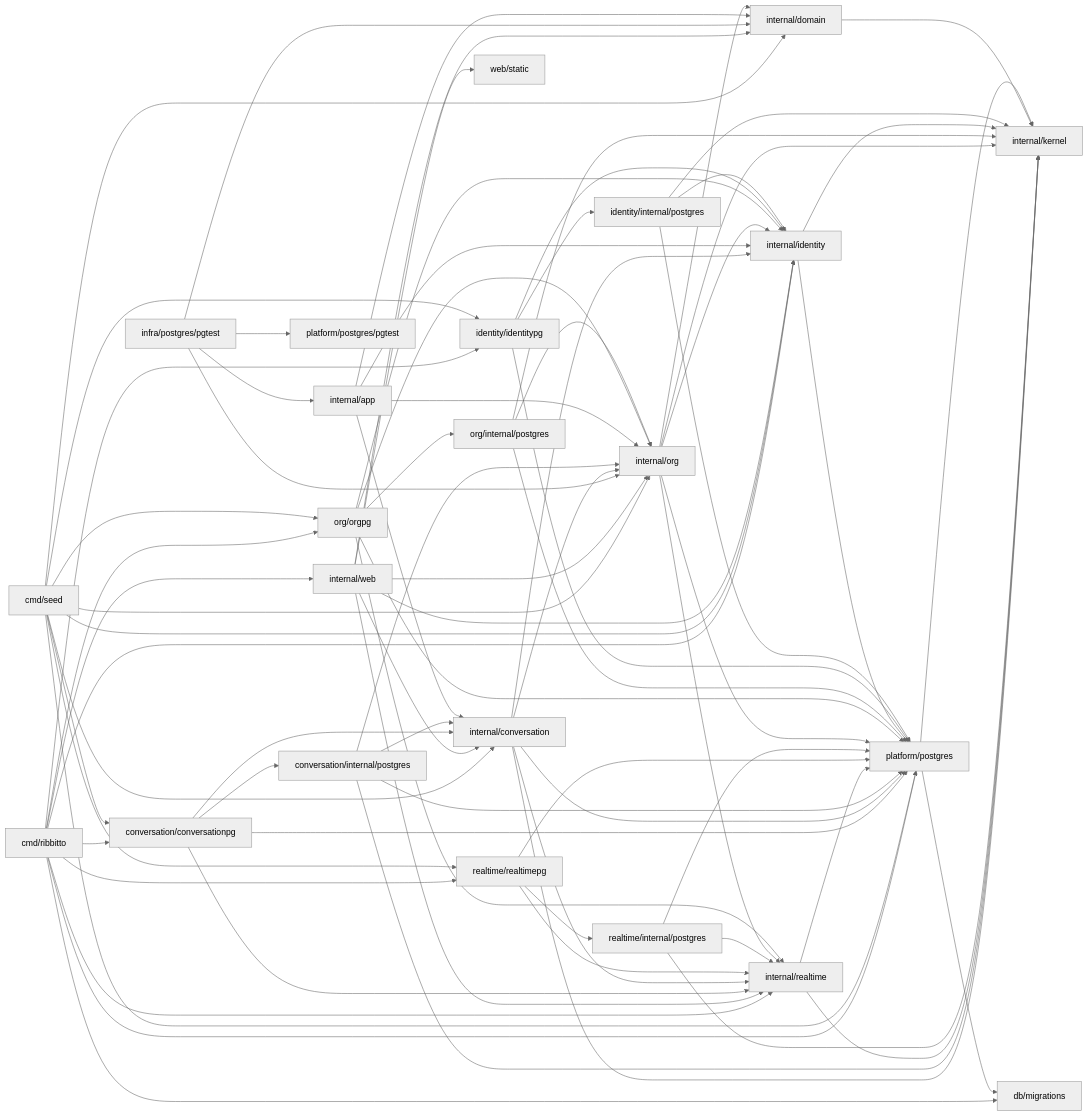
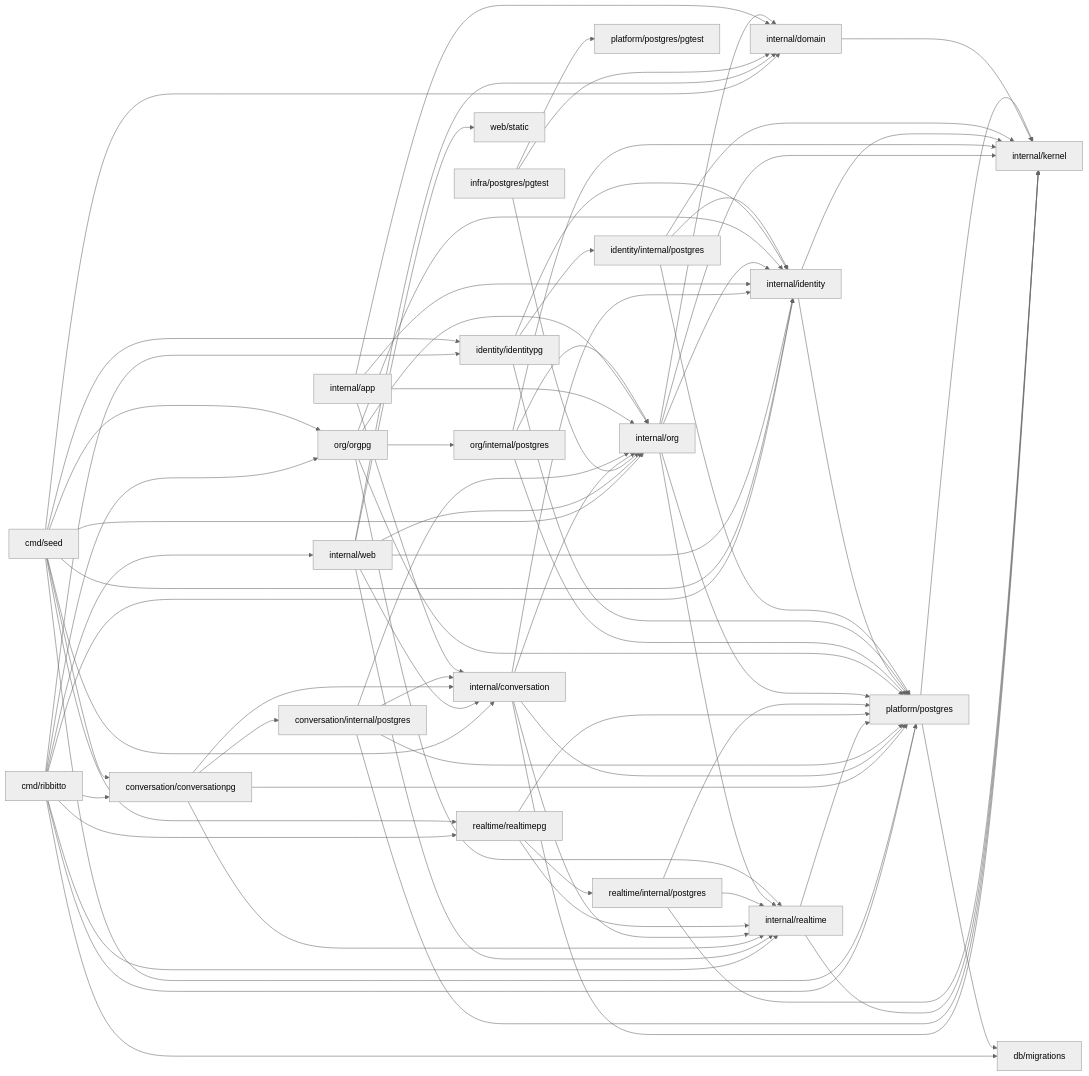
One commit to tkakkie/ribbitto changed the diagram in docs/architecture/packages.md. Above: the diagram before and after it, drawn with Mermaid (neutral theme).

Commit message:
docs(architecture): drop pgtest's nonexistent edge to app from the package graph
Copilot's review on #565.

````diff
--- a/docs/architecture/packages.md
+++ b/docs/architecture/packages.md
@@ -38,22 +38,22 @@
 ```mermaid
 flowchart LR
   cmd[cmd/ribbitto] --> web & orgpg[org/orgpg] & conversationpg[conversation/conversationpg] & identity & identitypg[identity/identitypg] & realtimepg & realtime & platform[platform/postgres] & migrations[db/migrations]
   seed[cmd/seed] --> conversation & conversationpg & org & orgpg & identity & identitypg & realtimepg & platform & domain
   web[internal/web] --> org & conversation & identity & domain & realtime & static[web/static]
-  postgres[infra/postgres/pgtest] --> app & org & domain & platformpgtest[platform/postgres/pgtest]
+  postgres[infra/postgres/pgtest] --> org & domain & platformpgtest[platform/postgres/pgtest]
   conversationpg --> conversation[internal/conversation] & cstore[conversation/internal/postgres] & realtime & platform
   conversation --> identity & org & realtime & kernel & platform
   cstore --> conversation & org & platform & kernel
   realtime[internal/realtime] --> kernel & platform
   realtimepg[realtime/realtimepg] --> realtime & rstore[realtime/internal/postgres] & platform
   rstore --> realtime & platform & kernel
   app[internal/app] --> org & conversation & identity & domain[internal/domain]
   org[internal/org] --> identity & realtime & domain & kernel & platform
   orgpg --> org & ostore[org/internal/postgres] & platform & identity & realtime
   ostore --> org & platform & kernel
   identity[internal/identity] --> kernel & platform
   identitypg --> identity & store[identity/internal/postgres] & platform
   store --> identity & platform & kernel
   domain --> kernel[internal/kernel]
   platform --> kernel & migrations
 ```
````
